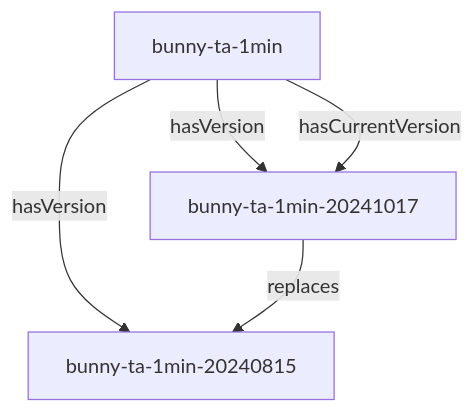
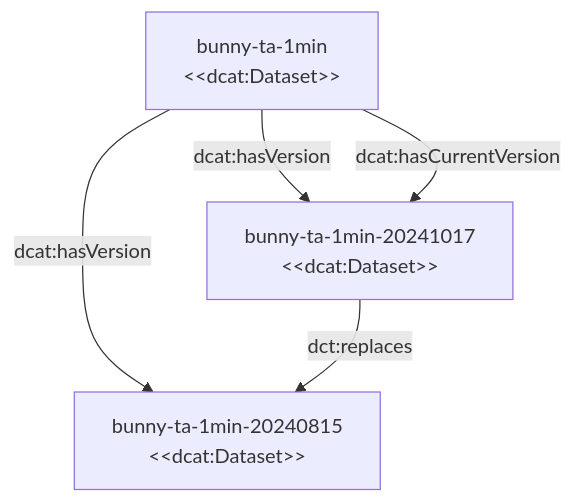
Before and after one commit to NERC-CEH/fdri-ontology: the third of 3 diagrams in doc/time-series-dataset.md, drawn with Mermaid. The commit also changed 1 other file, not shown here.

Commit message:
Update example diagrams with consistent representation of resource types

````diff
--- a/doc/time-series-dataset.md
+++ b/doc/time-series-dataset.md
@@ -85,12 +85,15 @@
 ```mermaid
 flowchart
-bunny-ta-1min
-bunny-ta-1min-20240815
-bunny-ta-1min-20241017
+bunny-ta-1min["bunny-ta-1min
+&lt;&lt;dcat:Dataset>>"]
+bunny-ta-1min-20240815["bunny-ta-1min-20240815
+&lt;&lt;dcat:Dataset>>"]
+bunny-ta-1min-20241017["bunny-ta-1min-20241017
+&lt;&lt;dcat:Dataset>>"]
 
-bunny-ta-1min --hasVersion--> bunny-ta-1min-20240815
-bunny-ta-1min --hasVersion--> bunny-ta-1min-20241017
-bunny-ta-1min --hasCurrentVersion--> bunny-ta-1min-20241017
-bunny-ta-1min-20241017 --replaces--> bunny-ta-1min-20240815
+bunny-ta-1min --dcat:hasVersion--> bunny-ta-1min-20240815
+bunny-ta-1min --dcat:hasVersion--> bunny-ta-1min-20241017
+bunny-ta-1min --dcat:hasCurrentVersion--> bunny-ta-1min-20241017
+bunny-ta-1min-20241017 --dct:replaces--> bunny-ta-1min-20240815
 
 ```
````
